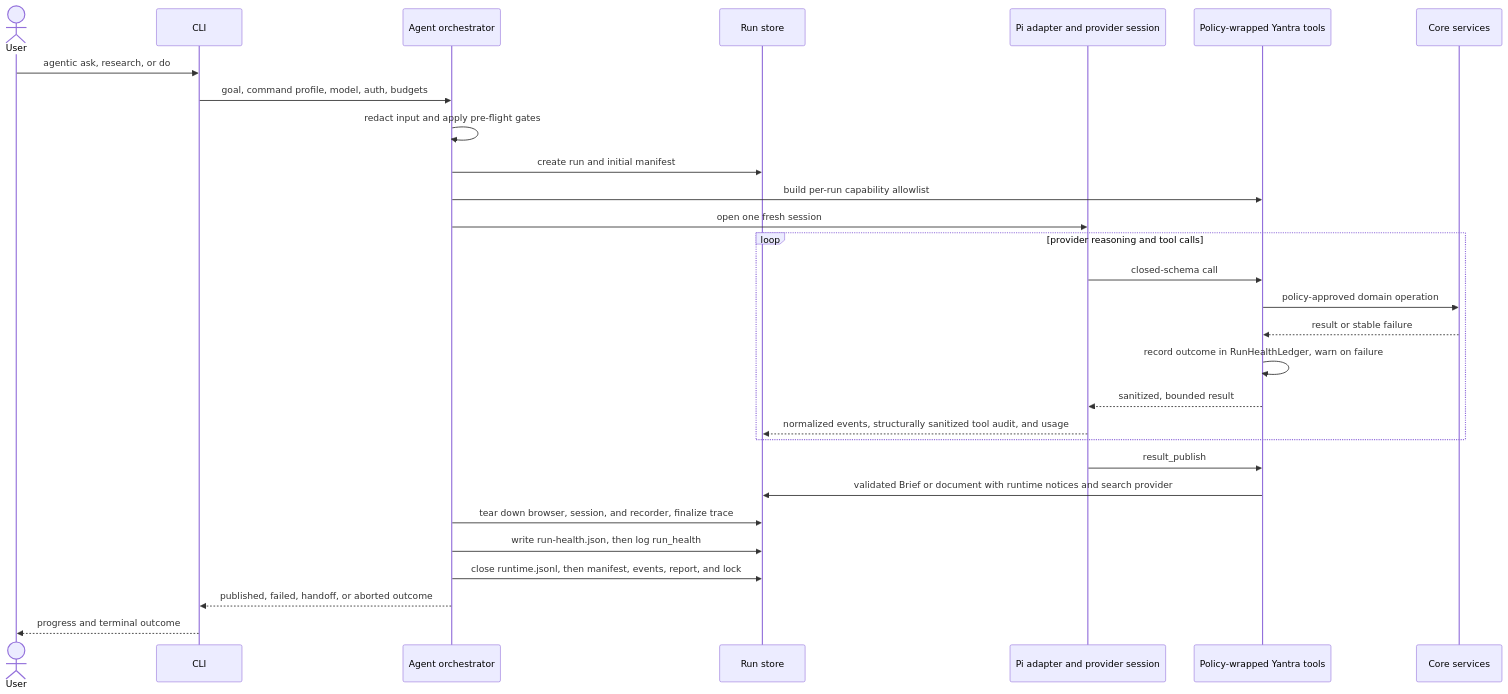
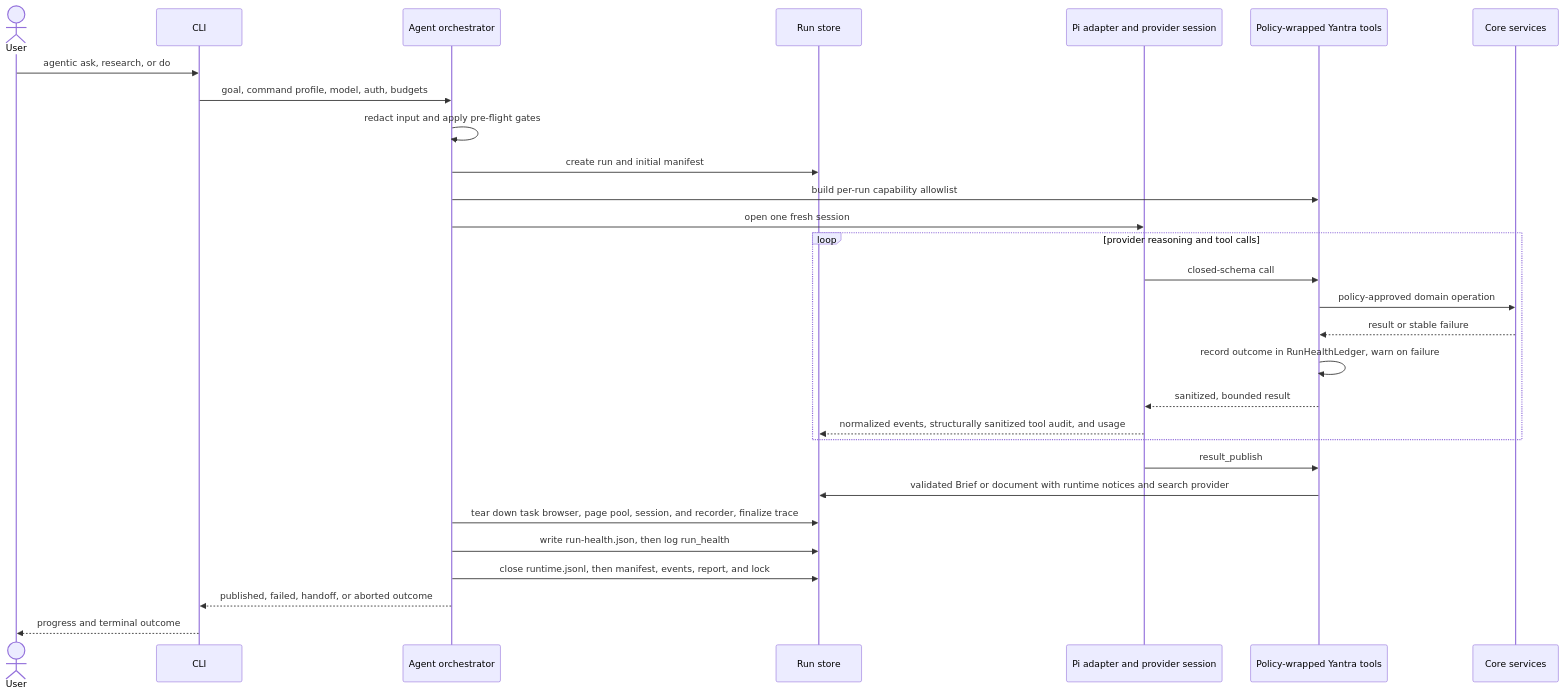
Before and after one commit to abranjith/yantra: diagram 20 of 23 in docs/architecture.md, drawn with Mermaid. The commit also changed other lines of this file and 99 other files, not shown here.

````diff
--- a/docs/architecture.md
+++ b/docs/architecture.md
@@ -1709,32 +1824,32 @@
 ```mermaid
 sequenceDiagram
   actor User
   participant CLI
   participant Agent as Agent orchestrator
   participant Run as Run store
   participant Pi as Pi adapter and provider session
   participant Tools as Policy-wrapped Yantra tools
   participant Core as Core services
 
   User->>CLI: agentic ask, research, or do
   CLI->>Agent: goal, command profile, model, auth, budgets
   Agent->>Agent: redact input and apply pre-flight gates
   Agent->>Run: create run and initial manifest
   Agent->>Tools: build per-run capability allowlist
   Agent->>Pi: open one fresh session
   loop provider reasoning and tool calls
     Pi->>Tools: closed-schema call
     Tools->>Core: policy-approved domain operation
     Core-->>Tools: result or stable failure
     Tools->>Tools: record outcome in RunHealthLedger, warn on failure
     Tools-->>Pi: sanitized, bounded result
     Pi-->>Run: normalized events, structurally sanitized tool audit, and usage
   end
   Pi->>Tools: result_publish
   Tools->>Run: validated Brief or document with runtime notices and search provider
-  Agent->>Run: tear down browser, session, and recorder, finalize trace
+  Agent->>Run: tear down task browser, page pool, session, and recorder, finalize trace
   Agent->>Run: write run-health.json, then log run_health
   Agent->>Run: close runtime.jsonl, then manifest, events, report, and lock
   Agent-->>CLI: published, failed, handoff, or aborted outcome
   CLI-->>User: progress and terminal outcome
 ```
````
